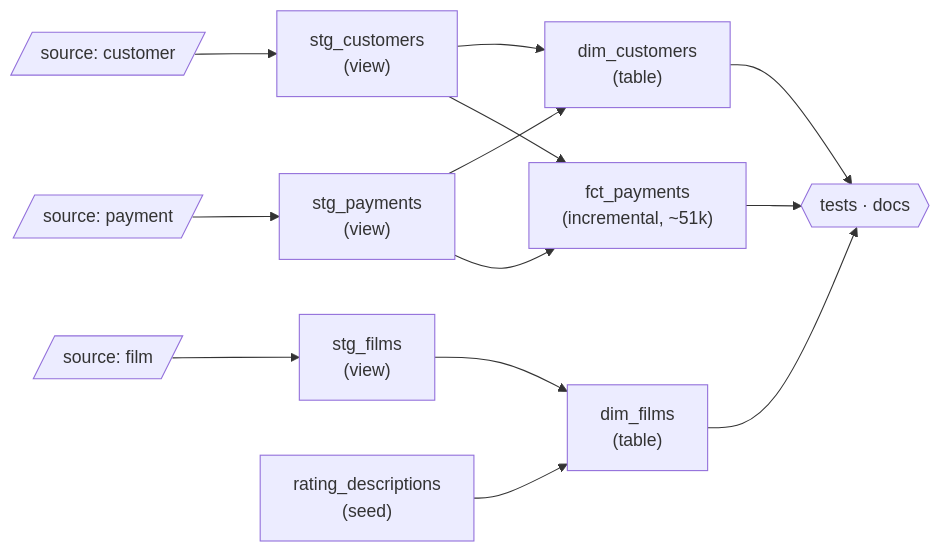
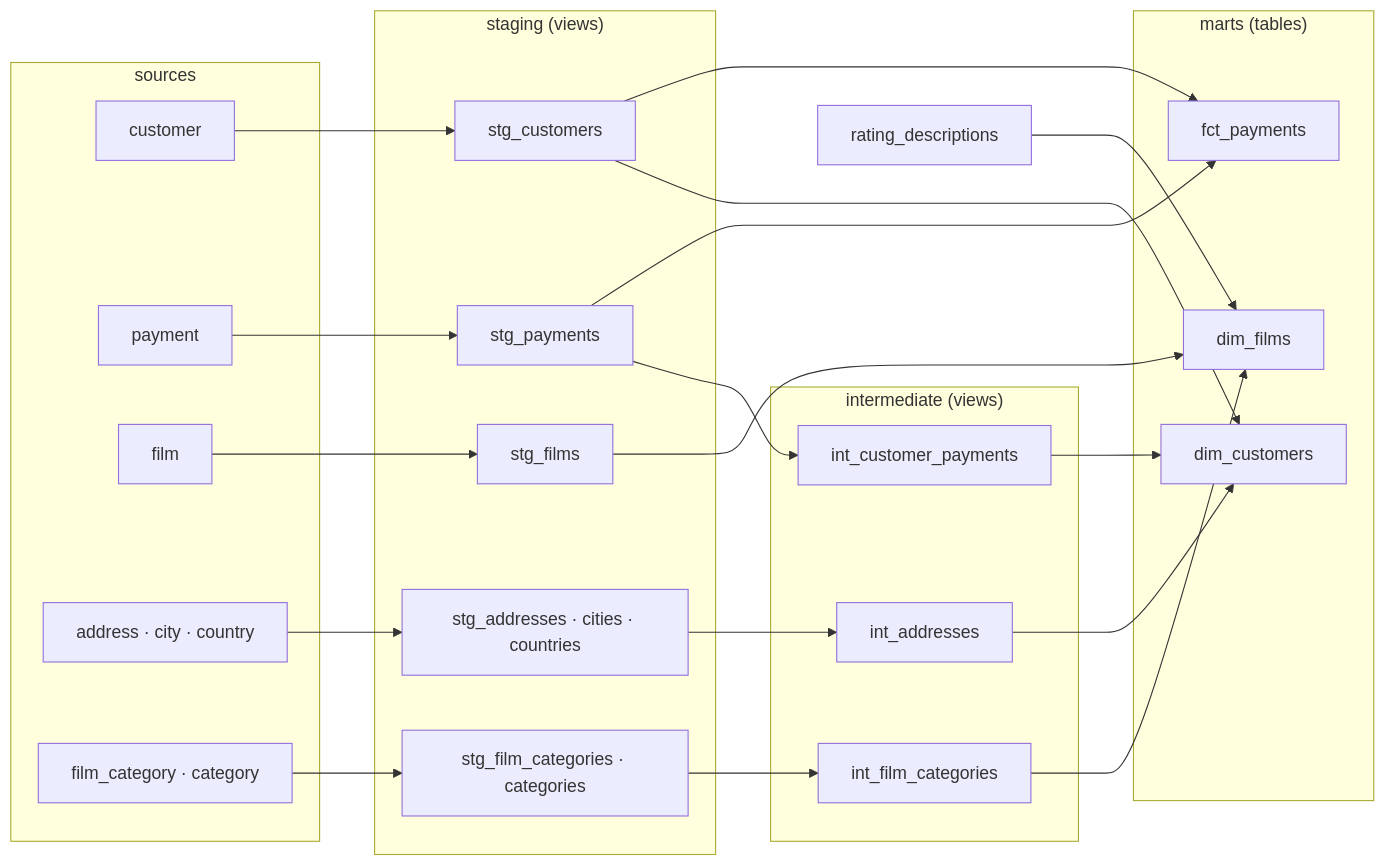
The second of 2 diagrams in README.md (adnlab/dbt_pagilla), drawn with Mermaid before and after one commit. The commit also changed other lines of this file and 455 other files, not shown here.

First line of the commit message:
Refactor models to staging → intermediate → marts and redeploy slides.

````diff
--- a/README.md
+++ b/README.md
@@ -39,15 +39,44 @@
 ```mermaid
 flowchart LR
-    S1[/"source: customer"/] --> M1["stg_customers<br/>(view)"]
-    S2[/"source: payment"/] --> M2["stg_payments<br/>(view)"]
-    S3[/"source: film"/] --> M3["stg_films<br/>(view)"]
-    SEED["rating_descriptions<br/>(seed)"] --> D2
-    M1 --> D1["dim_customers<br/>(table)"]
-    M2 --> D1
-    M3 --> D2["dim_films<br/>(table)"]
-    M2 --> F1["fct_payments<br/>(incremental, ~51k)"]
+    subgraph sources["sources"]
+        S1[customer]
+        S2[payment]
+        S3[film]
+        S4[address · city · country]
+        S5[film_category · category]
+    end
+    subgraph staging["staging (views)"]
+        M1[stg_customers]
+        M2[stg_payments]
+        M3[stg_films]
+        M4[stg_addresses · cities · countries]
+        M5[stg_film_categories · categories]
+    end
+    subgraph intermediate["intermediate (views)"]
+        I1[int_addresses]
+        I2[int_film_categories]
+        I3[int_customer_payments]
+    end
+    subgraph marts["marts (tables)"]
+        D1[dim_customers]
+        D2[dim_films]
+        F1[fct_payments]
+    end
+    SEED[rating_descriptions]
+    S1 --> M1
+    S2 --> M2
+    S3 --> M3
+    S4 --> M4
+    S5 --> M5
+    M4 --> I1
+    M5 --> I2
+    M2 --> I3
+    M1 --> D1
+    I1 --> D1
+    I3 --> D1
+    M3 --> D2
+    I2 --> D2
+    SEED --> D2
+    M2 --> F1
     M1 --> F1
-    D1 --> T{{"tests · docs"}}
-    D2 --> T
-    F1 --> T
 ```
````
